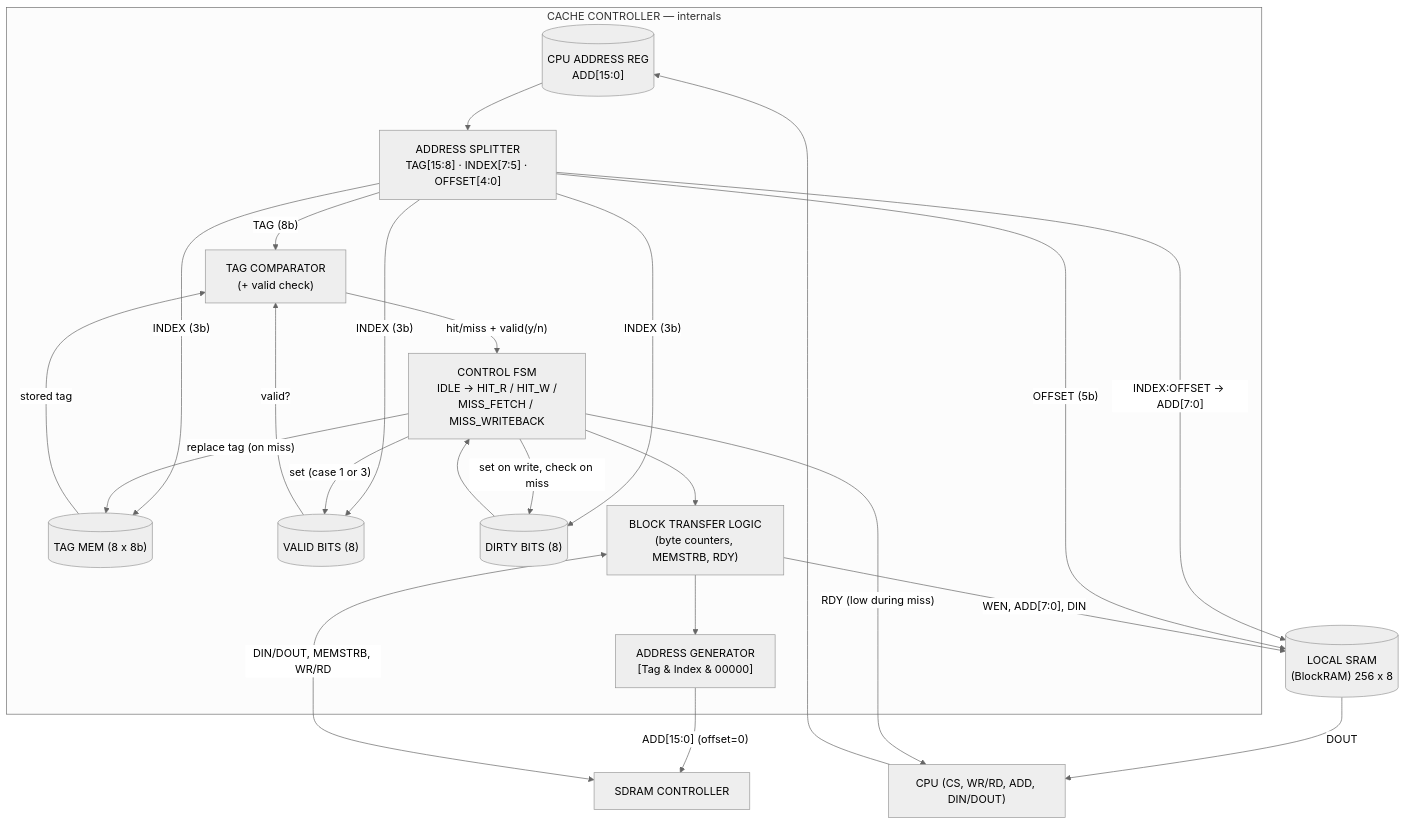
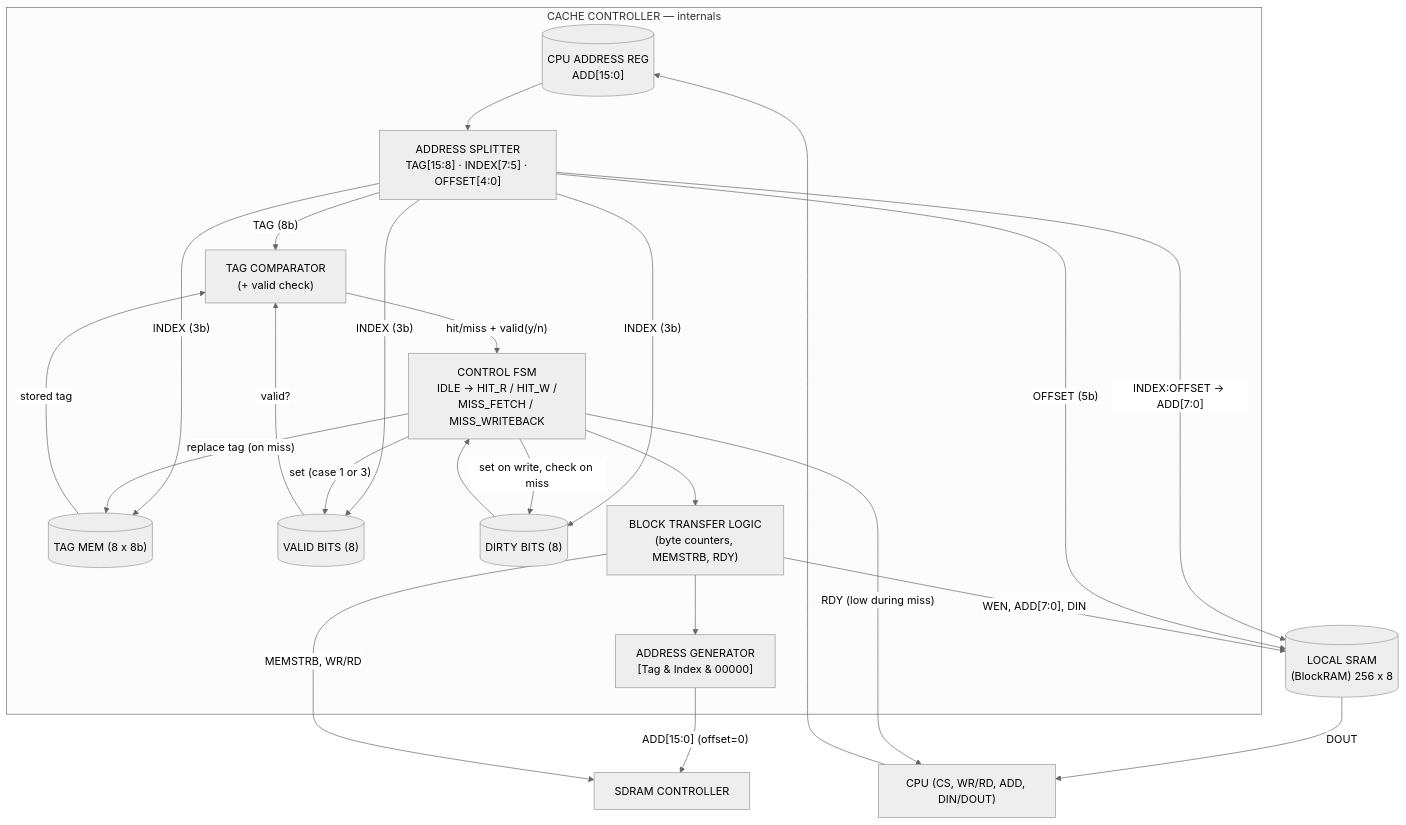
One commit to BudhvinHewage/COE-758-CACHE-CONTROLLER changed the diagram in docs/lab1-diagrams/02-internal-block-diagram.md. Above: the diagram before and after it, drawn with Mermaid (neutral theme).

Commit message:
fixed the cache controller symbol and added the internal block diagram for lab 1

````diff
--- a/docs/lab1-diagrams/02-internal-block-diagram.md
+++ b/docs/lab1-diagrams/02-internal-block-diagram.md
@@ -49,37 +49,37 @@
 ```mermaid
 flowchart TB
     subgraph CC["CACHE CONTROLLER — internals"]
         AWR[("CPU ADDRESS REG<br/>ADD[15:0]")]
         SPLIT["ADDRESS SPLITTER<br/>TAG[15:8] · INDEX[7:5] · OFFSET[4:0]"]
         TAGR[("TAG MEM (8 x 8b)")]
         VR[("VALID BITS (8)")]
         DR[("DIRTY BITS (8)")]
         CMP["TAG COMPARATOR<br/>(+ valid check)"]
         FSM["CONTROL FSM<br/>IDLE → HIT_R / HIT_W /<br/>MISS_FETCH / MISS_WRITEBACK"]
         XFER["BLOCK TRANSFER LOGIC<br/>(byte counters, MEMSTRB, RDY)"]
         ADDRGEN["ADDRESS GENERATOR<br/>[Tag & Index & 00000]"]
     end
 
     CPU["CPU (CS, WR/RD, ADD, DIN/DOUT)"] --> AWR
     AWR --> SPLIT
     SPLIT -->|"TAG (8b)"| CMP
     SPLIT -->|"INDEX (3b)"| TAGR
     SPLIT -->|"INDEX (3b)"| VR
     SPLIT -->|"INDEX (3b)"| DR
     SPLIT -->|"INDEX:OFFSET → ADD[7:0]"| SRAM[("LOCAL SRAM<br/>(BlockRAM) 256 x 8")]
     SPLIT -->|"OFFSET (5b)"| SRAM
     TAGR -->|"stored tag"| CMP
     VR -->|"valid?"| CMP
     CMP -->|"hit/miss + valid(y/n)"| FSM
     FSM -->|"replace tag (on miss)"| TAGR
     FSM -->|"set (case 1 or 3)"| VR
     FSM -->|"set on write, check on miss"| DR
     DR --> FSM
     FSM --> XFER
     XFER -->|"WEN, ADD[7:0], DIN"| SRAM
     SRAM -->|"DOUT"| CPU
     FSM -->|"RDY (low during miss)"| CPU
     XFER --> ADDRGEN
     ADDRGEN -->|"ADD[15:0] (offset=0)"| SC["SDRAM CONTROLLER"]
-    XFER <-->|"DIN/DOUT, MEMSTRB, WR/RD"| SC
+    XFER -->|"MEMSTRB, WR/RD"| SC
 ```
````
